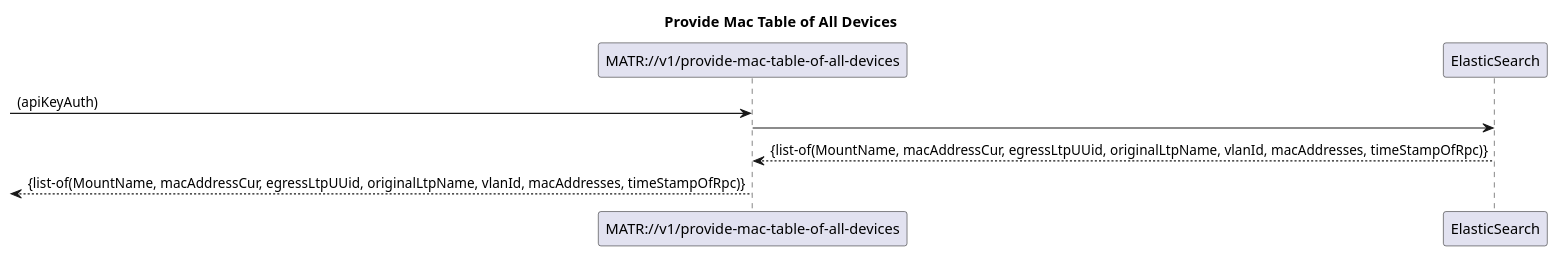
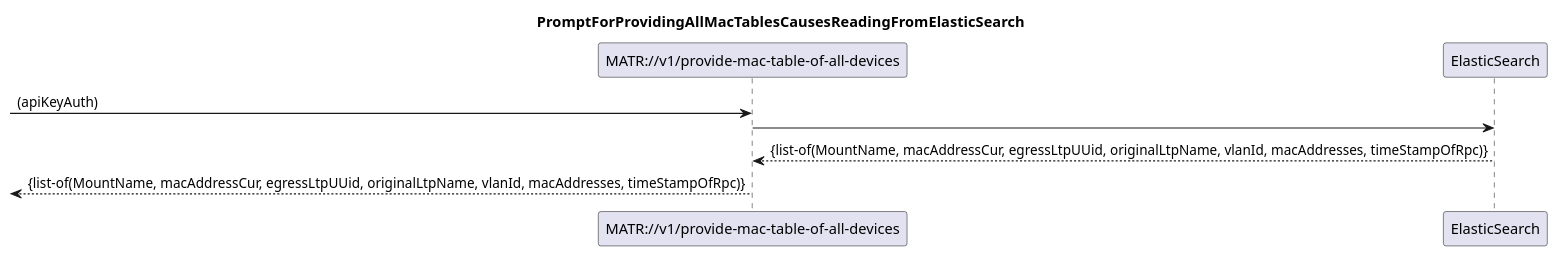
Before and after one commit to openBackhaul/MacAddressTableRecorder: the diagram in spec/diagrams/03x_ProvideMacTableOfAllDevices.plantuml, drawn with PlantUML. The commit also changed 18 other files, not shown here.

```diff
--- a/spec/diagrams/03x_ProvideMacTableOfAllDevices.plantuml
+++ b/spec/diagrams/03x_ProvideMacTableOfAllDevices.plantuml
@@ -1,16 +1,16 @@
 @startuml 03x_ProvideMacTableOfAllDevices
 skinparam responseMessageBelowArrow true
 
-title Provide Mac Table of All Devices
+title PromptForProvidingAllMacTablesCausesReadingFromElasticSearch
 
 participant "MATR://v1/provide-mac-table-of-all-devices"
 participant "ElasticSearch"
 
 [-> "MATR://v1/provide-mac-table-of-all-devices": (apiKeyAuth)
 
 "MATR://v1/provide-mac-table-of-all-devices" -> "ElasticSearch"
 "ElasticSearch" --> "MATR://v1/provide-mac-table-of-all-devices": {list-of(MountName, macAddressCur, egressLtpUUid, originalLtpName, vlanId, macAddresses, timeStampOfRpc)}
 
 [<--"MATR://v1/provide-mac-table-of-all-devices": {list-of(MountName, macAddressCur, egressLtpUUid, originalLtpName, vlanId, macAddresses, timeStampOfRpc)}
 
 @enduml
```
